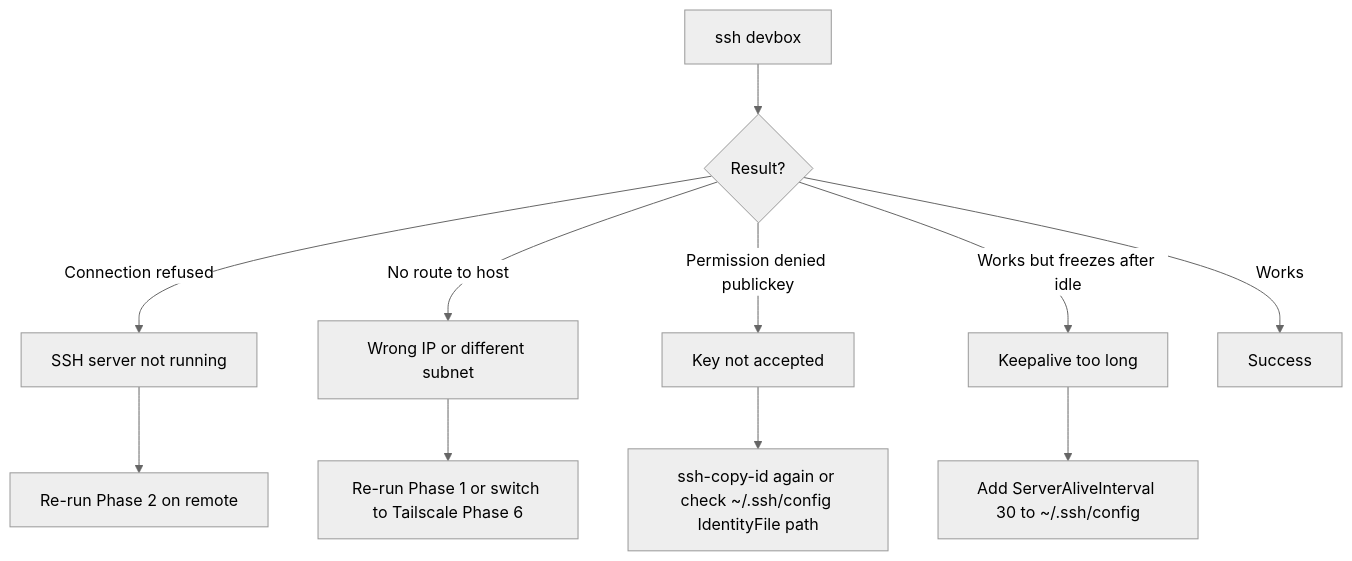
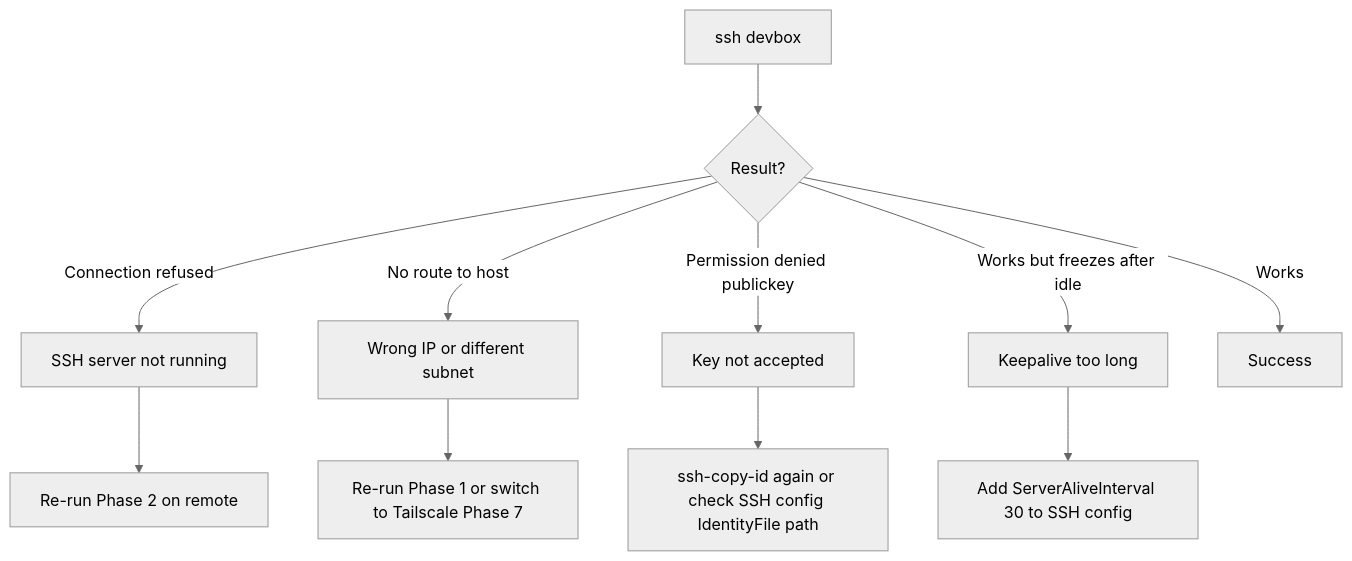
The second of 2 diagrams in docs/remote_development_master_guide.md (e-gleba/nvim-config), drawn with Mermaid (neutral theme) before and after one commit. The commit also changed other lines of this file and 1 other file, not shown here.

````diff
--- a/docs/remote_development_master_guide.md
+++ b/docs/remote_development_master_guide.md
@@ -478,13 +600,13 @@
 ```mermaid
 flowchart TD
     A[ssh devbox] --> B{Result?}
     B -->|Connection refused| C[SSH server not running]
     C --> D[Re-run Phase 2 on remote]
     B -->|No route to host| E[Wrong IP or different subnet]
-    E --> F[Re-run Phase 1 or switch to Tailscale Phase 6]
+    E --> F[Re-run Phase 1 or switch to Tailscale Phase 7]
     B -->|Permission denied publickey| G[Key not accepted]
-    G --> H[ssh-copy-id again or check ~/.ssh/config IdentityFile path]
+    G --> H[ssh-copy-id again or check SSH config IdentityFile path]
     B -->|Works but freezes after idle| I[Keepalive too long]
-    I --> J[Add ServerAliveInterval 30 to ~/.ssh/config]
+    I --> J[Add ServerAliveInterval 30 to SSH config]
     B -->|Works| K[Success]
 ```
````
